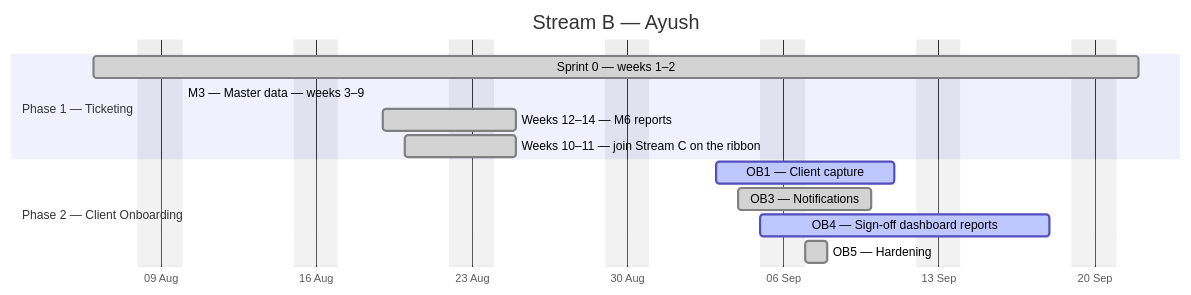
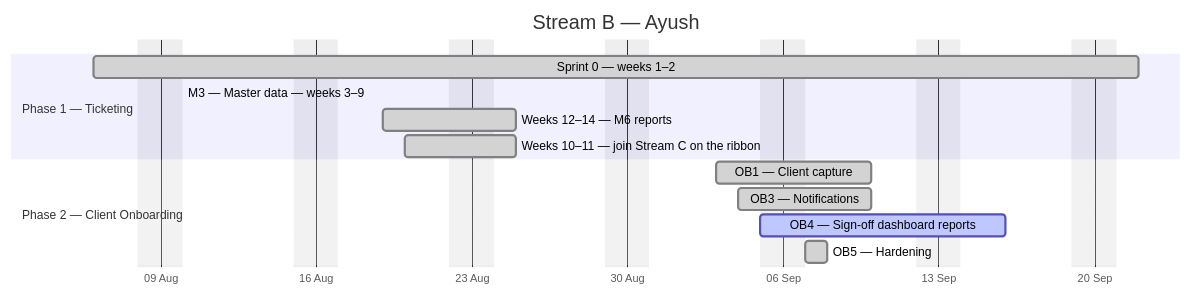
One commit to debashisedunext/EduTrack changed the second of 4 diagrams in docs/plan/GANTT.md. Above: the diagram before and after it, drawn with Mermaid. The commit also changed other lines of this file and 3 other files, not shown here.

````diff
--- a/docs/plan/GANTT.md
+++ b/docs/plan/GANTT.md
@@ -138,17 +138,17 @@
 ```mermaid
 gantt
     dateFormat YYYY-MM-DD
     axisFormat %d %b
     title Stream B — Ayush
     excludes weekends
     section Phase 1 — Ticketing
     Sprint 0 — weeks 1–2 :done, b0, 2026-08-06, 33d
     M3 — Master data — weeks 3–9 :done, b1, 2026-08-10, -20d
     Weeks 12–14 — M6 reports :done, b2, 2026-08-19, 4d
     Weeks 10–11 — join Stream C on the ribbon :done, b3, 2026-08-20, 3d
     section Phase 2 — Client Onboarding
-    OB1 — Client capture :active, b4, 2026-09-03, 6d
+    OB1 — Client capture :done, b4, 2026-09-03, 5d
     OB3 — Notifications :done, b5, 2026-09-04, 4d
-    OB4 — Sign-off  dashboard  reports :active, b6, 2026-09-05, 10d
+    OB4 — Sign-off  dashboard  reports :active, b6, 2026-09-05, 8d
     OB5 — Hardening :done, b7, 2026-09-07, 1d
 ```
````
